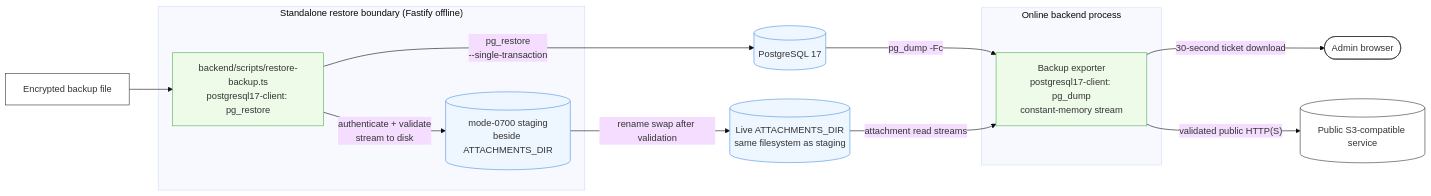
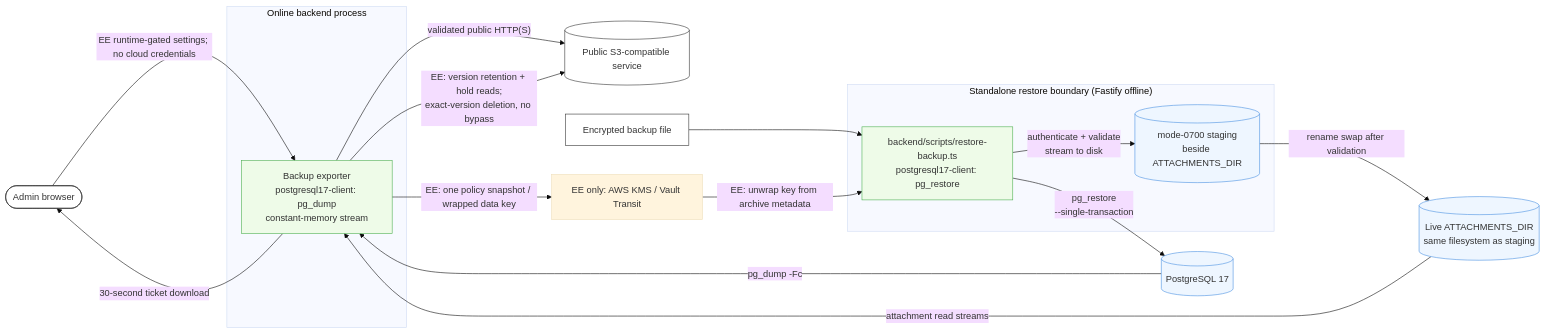
Before and after one commit to Compendiq/compendiq-ce: the second of 4 diagrams in docs/architecture/05-deployment.md, drawn with Mermaid (base theme). The commit also changed other lines of this file and 12 other files, not shown here.

````diff
--- a/docs/architecture/05-deployment.md
+++ b/docs/architecture/05-deployment.md
@@ -205,35 +205,40 @@
 ```mermaid
 flowchart LR
     browser(["Admin browser"])
     publicS3[("Public S3-compatible service")]
     encrypted["Encrypted backup file"]
+    kms["EE only: AWS KMS / Vault Transit"]
 
     subgraph online["Online backend process"]
         beBackup["Backup exporter<br/>postgresql17-client: pg_dump<br/>constant-memory stream"]
     end
 
     subgraph offline["Standalone restore boundary (Fastify offline)"]
         cli["backend/scripts/restore-backup.ts<br/>postgresql17-client: pg_restore"]
         stage[("mode-0700 staging<br/>beside ATTACHMENTS_DIR")]
     end
 
     pg[("PostgreSQL 17")]
     attachments[("Live ATTACHMENTS_DIR<br/>same filesystem as staging")]
 
     pg -- "pg_dump -Fc" --> beBackup
     attachments -- "attachment read streams" --> beBackup
     beBackup -- "30-second ticket download" --> browser
     beBackup -- "validated public HTTP(S)" --> publicS3
+    browser -- "EE runtime-gated settings; no cloud credentials" --> beBackup
+    beBackup -- "EE: one policy snapshot / wrapped data key" --> kms
+    beBackup -- "EE: version retention + hold reads;<br/>exact-version deletion, no bypass" --> publicS3
 
     encrypted --> cli
+    kms -- "EE: unwrap key from archive metadata" --> cli
     cli -- "authenticate + validate<br/>stream to disk" --> stage
     stage -- "rename swap after validation" --> attachments
     cli -- "pg_restore<br/>--single-transaction" --> pg
 
     classDef ext fill:#fff,stroke:#333
     classDef svc fill:#eefbe8,stroke:#4caf50
     classDef data fill:#eef6ff,stroke:#4a90e2
     class browser,publicS3,encrypted ext
     class beBackup,cli svc
     class pg,attachments,stage data
 ```
````
